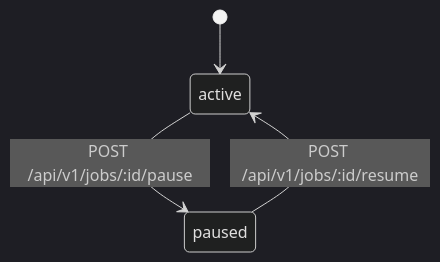
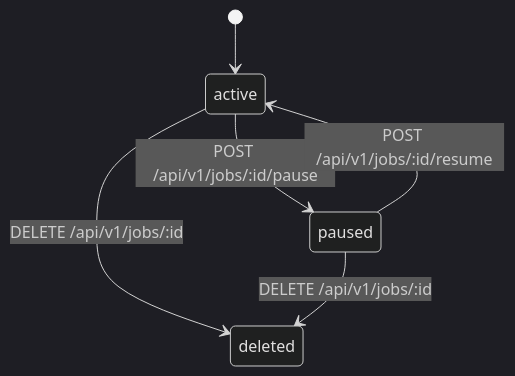
Before and after one commit to s3loy/orbitjob: the diagram in docs/job-lifecycle.en.md, drawn with Mermaid (dark theme). The commit also changed other lines of this file and 1 other file, not shown here.

First line of the commit message:
docs(job-lifecycle): document delete endpoint and deleted terminal state

````diff
--- a/docs/job-lifecycle.en.md
+++ b/docs/job-lifecycle.en.md
@@ -15,6 +15,8 @@
 ```mermaid
 stateDiagram-v2
     [*] --> active
     active --> paused: POST /api/v1/jobs/:id/pause
     paused --> active: POST /api/v1/jobs/:id/resume
+    active --> deleted: DELETE /api/v1/jobs/:id
+    paused --> deleted: DELETE /api/v1/jobs/:id
 ```
````
